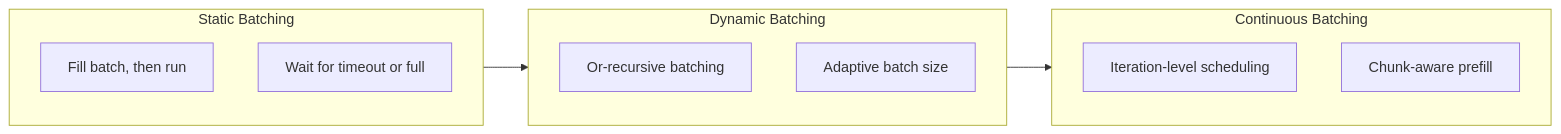
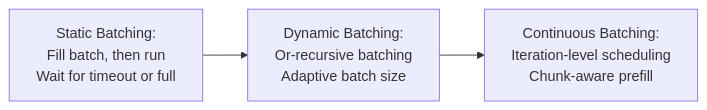
Diagram 26 of 37 in lab0.2/README.md (Shahriarin2garden/vllm_from_scratch), drawn with Mermaid before and after one commit. The commit also changed other lines of this file, not shown here.

Commit message:
Refactor diagrams in README.md for improved clarity and consistency

````diff
--- a/lab0.2/README.md
+++ b/lab0.2/README.md
@@ -945,16 +830,5 @@
 ```mermaid
 flowchart LR
-    subgraph Static[Static Batching]
-        Fill[Fill batch, then run]
-        Wait[Wait for timeout or full]
-    end
-    subgraph Dynamic[Dynamic Batching]
-        OR[Or‑recursive batching]
-        Adaptive[Adaptive batch size]
-    end
-    subgraph Continuous[Continuous Batching]
-        Iter[Iteration‑level scheduling]
-        Chunk[Chunk‑aware prefill]
-    end
-    Static --> Dynamic --> Continuous
+    Static["Static Batching:<br/>Fill batch, then run<br/>Wait for timeout or full"] --> Dynamic["Dynamic Batching:<br/>Or-recursive batching<br/>Adaptive batch size"]
+    Dynamic --> Continuous["Continuous Batching:<br/>Iteration-level scheduling<br/>Chunk-aware prefill"]
 ```
````
